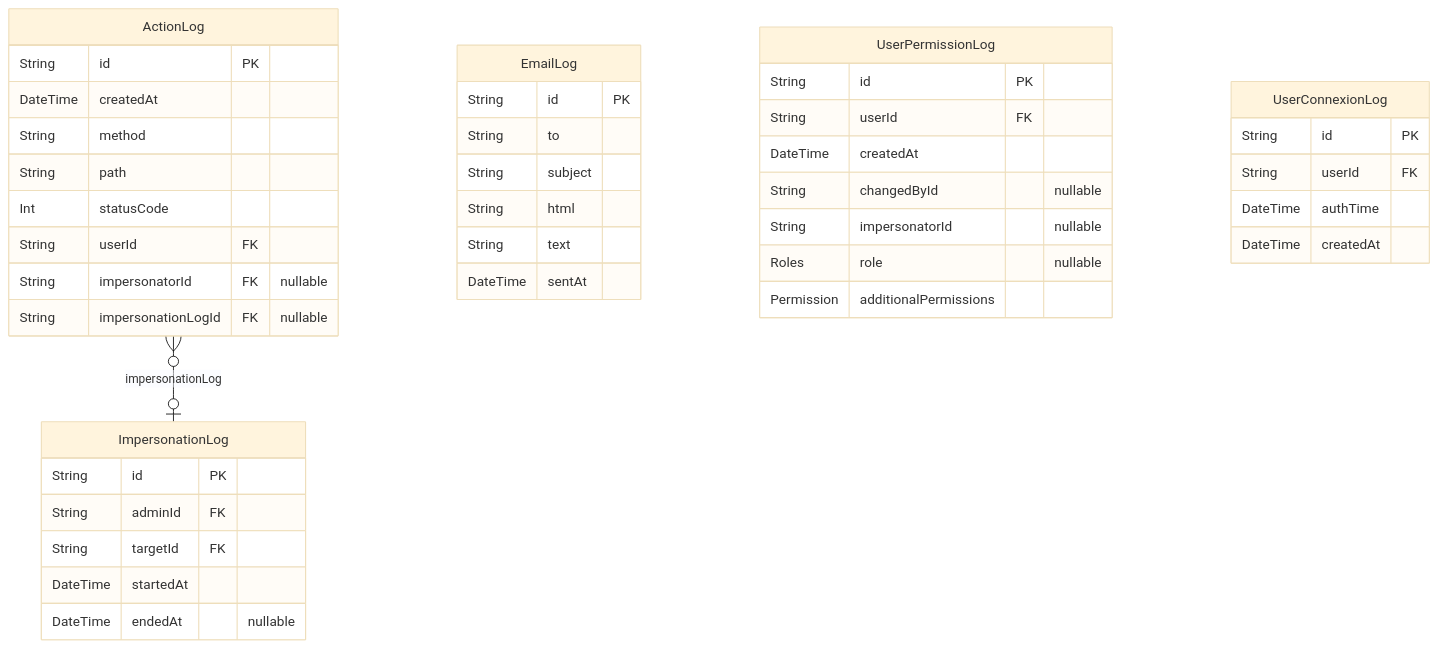
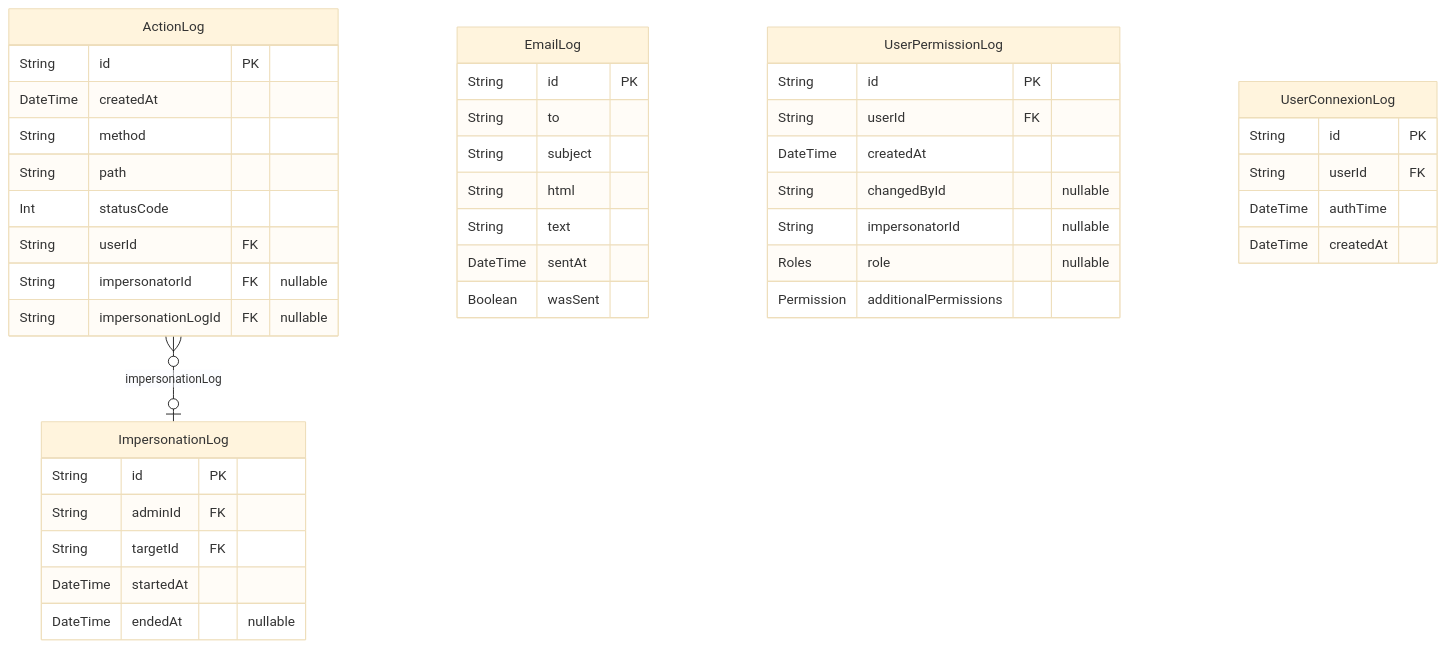
Before and after one commit to dnum-mi/referentiel-applications: diagram 15 of 15 in backend/prisma/docs/schema.md, drawn with Mermaid (base theme). The commit also changed other lines of this file and 9 other files, not shown here.

````diff
--- a/backend/prisma/docs/schema.md
+++ b/backend/prisma/docs/schema.md
@@ -1339,44 +1339,45 @@
 ```mermaid
 erDiagram
 "ActionLog" {
   String id PK
   DateTime createdAt
   String method
   String path
   Int statusCode
   String userId FK
   String impersonatorId FK "nullable"
   String impersonationLogId FK "nullable"
 }
 "EmailLog" {
   String id PK
   String to
   String subject
   String html
   String text
   DateTime sentAt
+  Boolean wasSent
 }
 "UserPermissionLog" {
   String id PK
   String userId FK
   DateTime createdAt
   String changedById "nullable"
   String impersonatorId "nullable"
   Roles role "nullable"
   Permission additionalPermissions
 }
 "UserConnexionLog" {
   String id PK
   String userId FK
   DateTime authTime
   DateTime createdAt
 }
 "ImpersonationLog" {
   String id PK
   String adminId FK
   String targetId FK
   DateTime startedAt
   DateTime endedAt "nullable"
 }
 "ActionLog" }o--o| "ImpersonationLog" : impersonationLog
 ```
````
